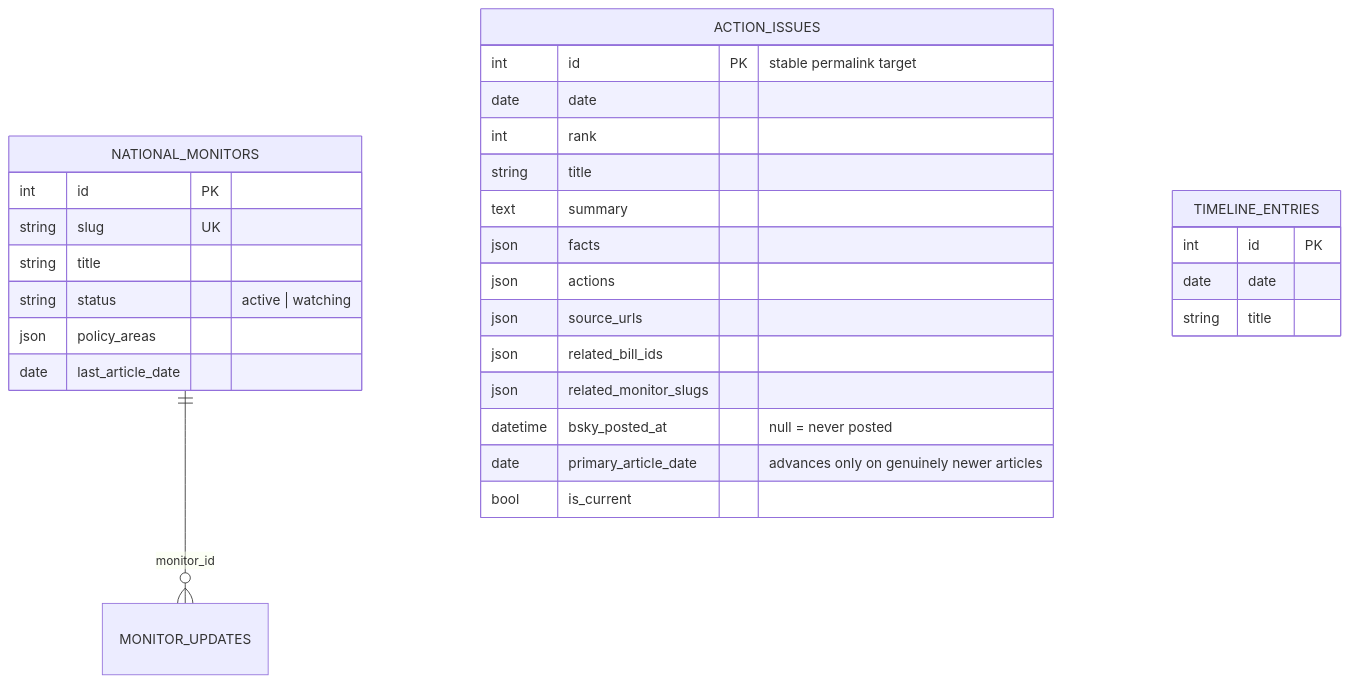
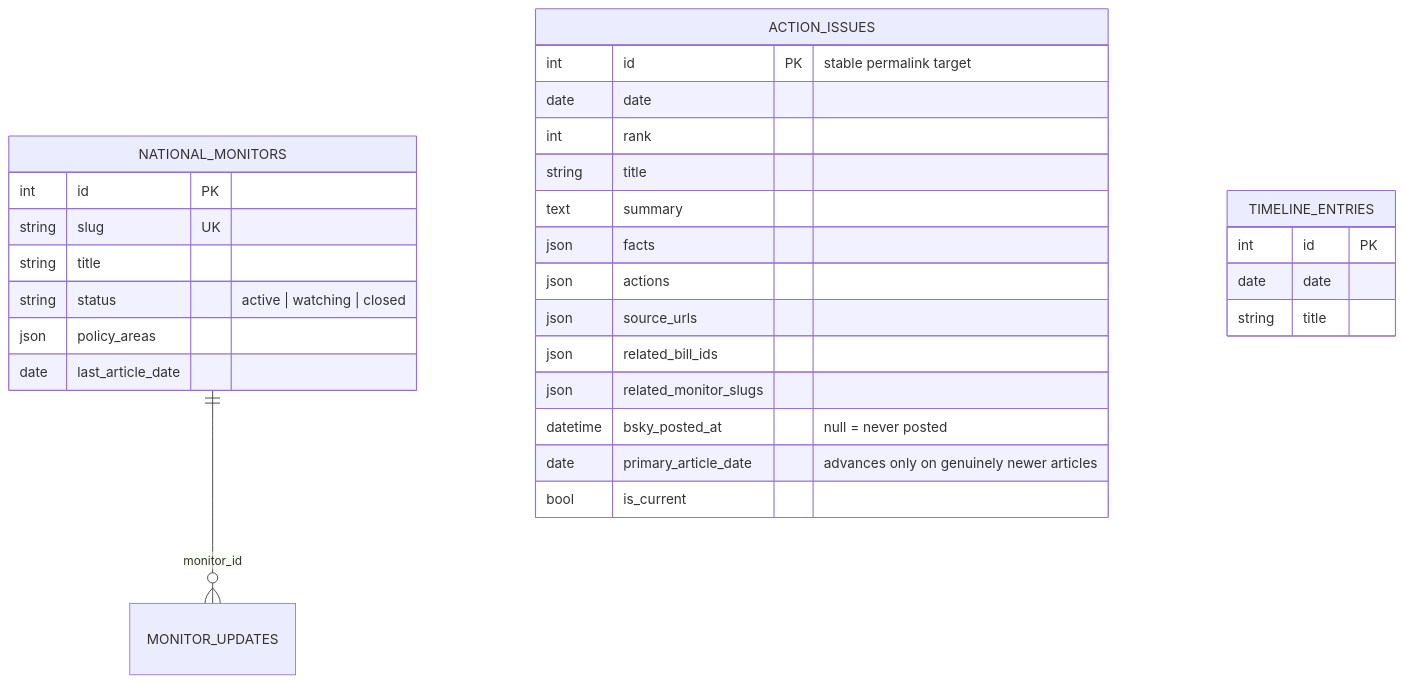
Before and after one commit to kamoras/civitas: the third of 4 diagrams in docs/diagrams/07-data-model.md, drawn with Mermaid. The commit also changed other lines of this file and 6 other files, not shown here.

````diff
--- a/docs/diagrams/07-data-model.md
+++ b/docs/diagrams/07-data-model.md
@@ -116,35 +116,35 @@
 ```mermaid
 erDiagram
     NATIONAL_MONITORS ||--o{ MONITOR_UPDATES : "monitor_id"
 
     ACTION_ISSUES {
         int id PK "stable permalink target"
         date date
         int rank
         string title
         text summary
         json facts
         json actions
         json source_urls
         json related_bill_ids
         json related_monitor_slugs
         datetime bsky_posted_at "null = never posted"
         date primary_article_date "advances only on genuinely newer articles"
         bool is_current
     }
 
     NATIONAL_MONITORS {
         int id PK
         string slug UK
         string title
-        string status "active | watching"
+        string status "active | watching | closed"
         json policy_areas
         date last_article_date
     }
 
     TIMELINE_ENTRIES {
         int id PK
         date date
         string title
     }
 ```
````
